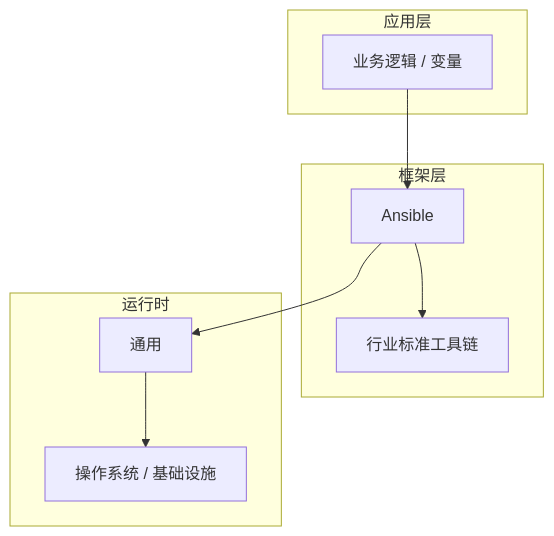
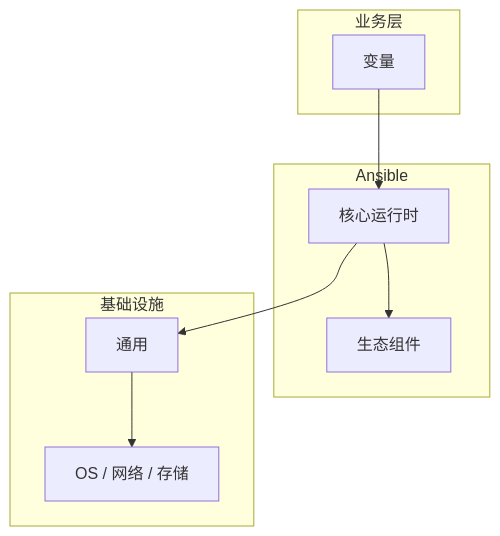
One commit to yanggan2015/knowledge-json-v2 changed the diagram in articles/Ansible/chapters/031-变量核心概念与原理.md. Above: the diagram before and after it, drawn with Mermaid. The commit also changed other lines of this file and 10127 other files, not shown here.

````diff
--- a/articles/Ansible/chapters/031-变量核心概念与原理.md
+++ b/articles/Ansible/chapters/031-变量核心概念与原理.md
@@ -45,18 +34,18 @@
 ```mermaid
 graph TB
-    subgraph 应用层
-        A[业务逻辑 / 变量]
+    subgraph 业务层
+        A[变量]
     end
-    subgraph 框架层
-        B[Ansible]
-        C[行业标准工具链]
+    subgraph Ansible
+        B[核心运行时]
+        C[生态组件]
     end
-    subgraph 运行时
+    subgraph 基础设施
         D[通用]
-        E[操作系统 / 基础设施]
+        E[OS / 网络 / 存储]
     end
     A --> B
     B --> C
     B --> D
     D --> E
 ```
````
